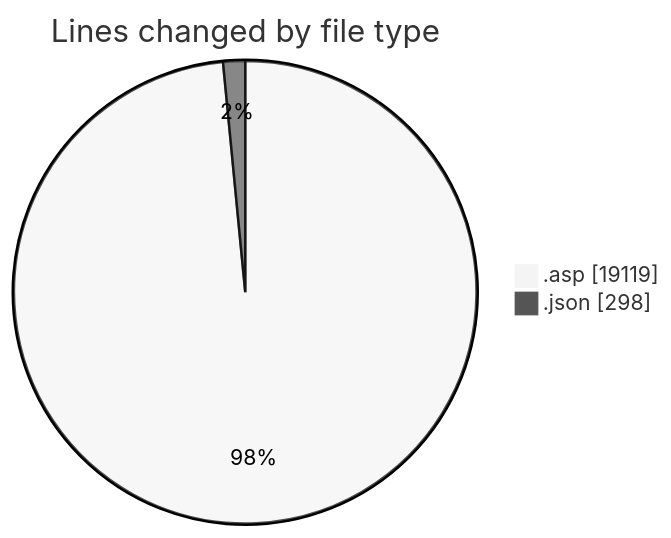
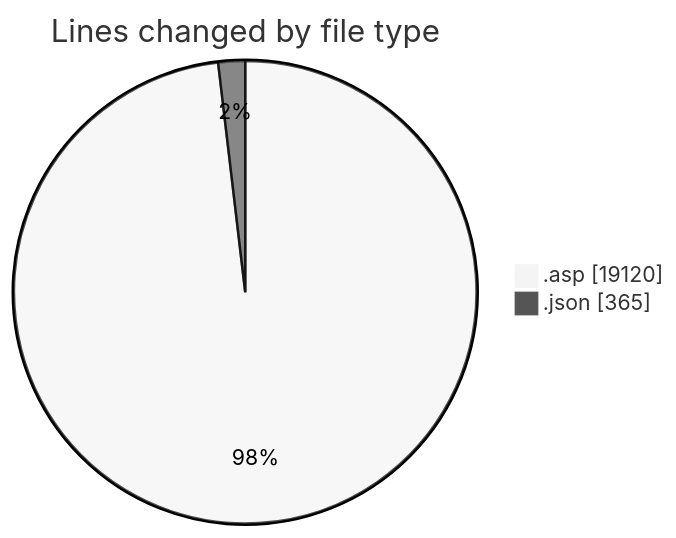
One commit to julien-gomy/code-tracking changed the first of 2 diagrams in 2025-11-01/cdp_aleoudev_fr__workspace_/README.md. Above: the diagram before and after it, drawn with Mermaid (neutral theme). The commit also changed other lines of this file and 1 other file, not shown here.

````diff
--- a/2025-11-01/cdp_aleoudev_fr__workspace_/README.md
+++ b/2025-11-01/cdp_aleoudev_fr__workspace_/README.md
@@ -27,6 +28,6 @@
 ```mermaid
 pie showData
 title Lines changed by file type
-".asp" : 19119
-".json" : 298
+".asp" : 19120
+".json" : 365
 ```
````
